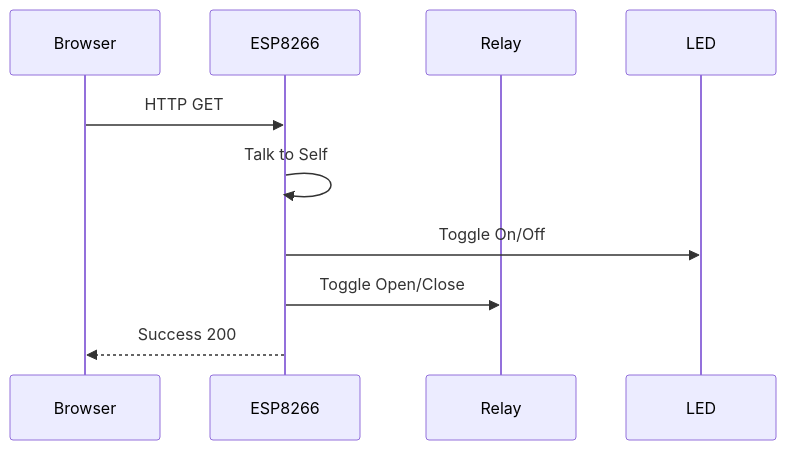
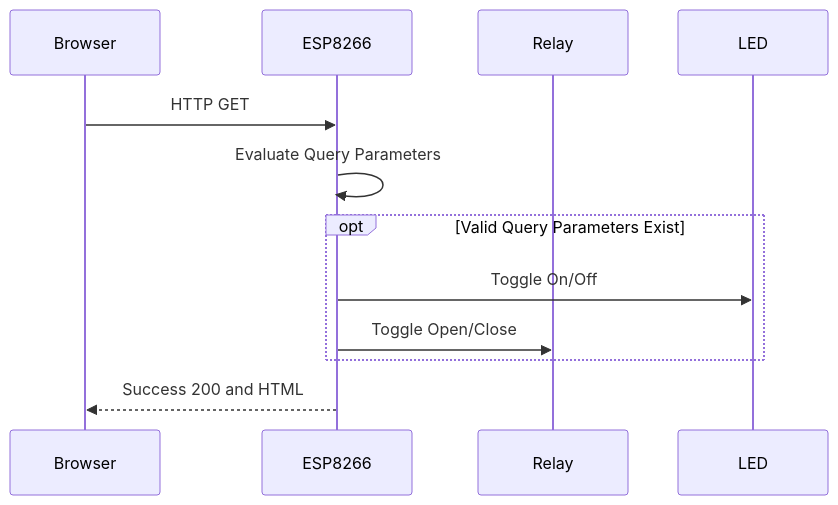
Before and after one commit to freemansoft/ESP8266-MicroPython: the third of 3 diagrams in README.md, drawn with Mermaid. The commit also changed other lines of this file and 1 other file, not shown here.

Commit message:
Add pin current state.  Add optional to sequence

````diff
--- a/README.md
+++ b/README.md
@@ -91,14 +91,16 @@
 ```mermaid
 sequenceDiagram
     participant Browser
     participant ESP8266
     participant Relay
     participant LED
 
     Browser->>ESP8266: HTTP GET
-    ESP8266->>ESP8266: Talk to Self
-    ESP8266->>LED: Toggle On/Off
-    ESP8266->>Relay: Toggle Open/Close
-    ESP8266-->>Browser: Success 200
+    ESP8266->>ESP8266: Evaluate Query Parameters
+    opt Valid Query Parameters Exist
+        ESP8266->>LED: Toggle On/Off
+        ESP8266->>Relay: Toggle Open/Close
+    end
+    ESP8266-->>Browser: Success 200 and HTML
 
 ```
````
